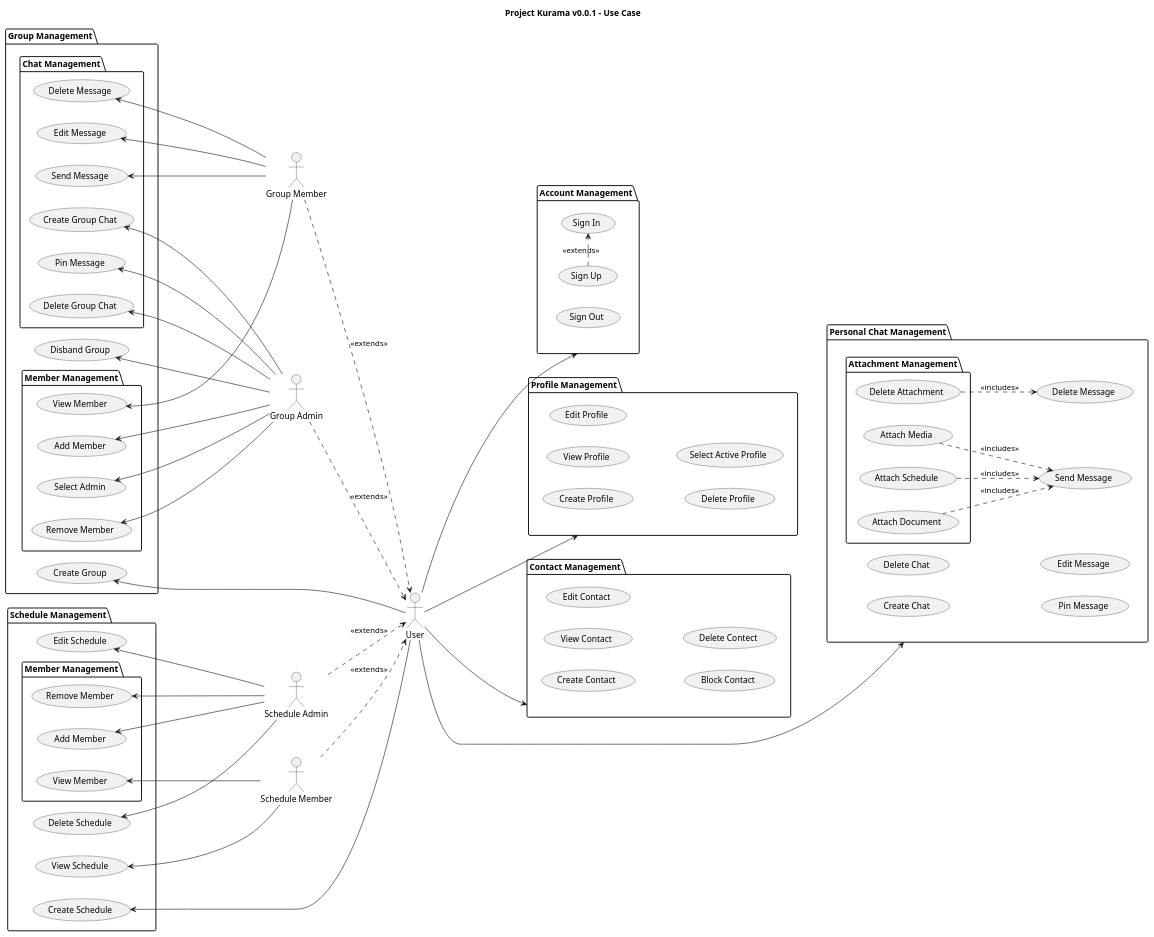
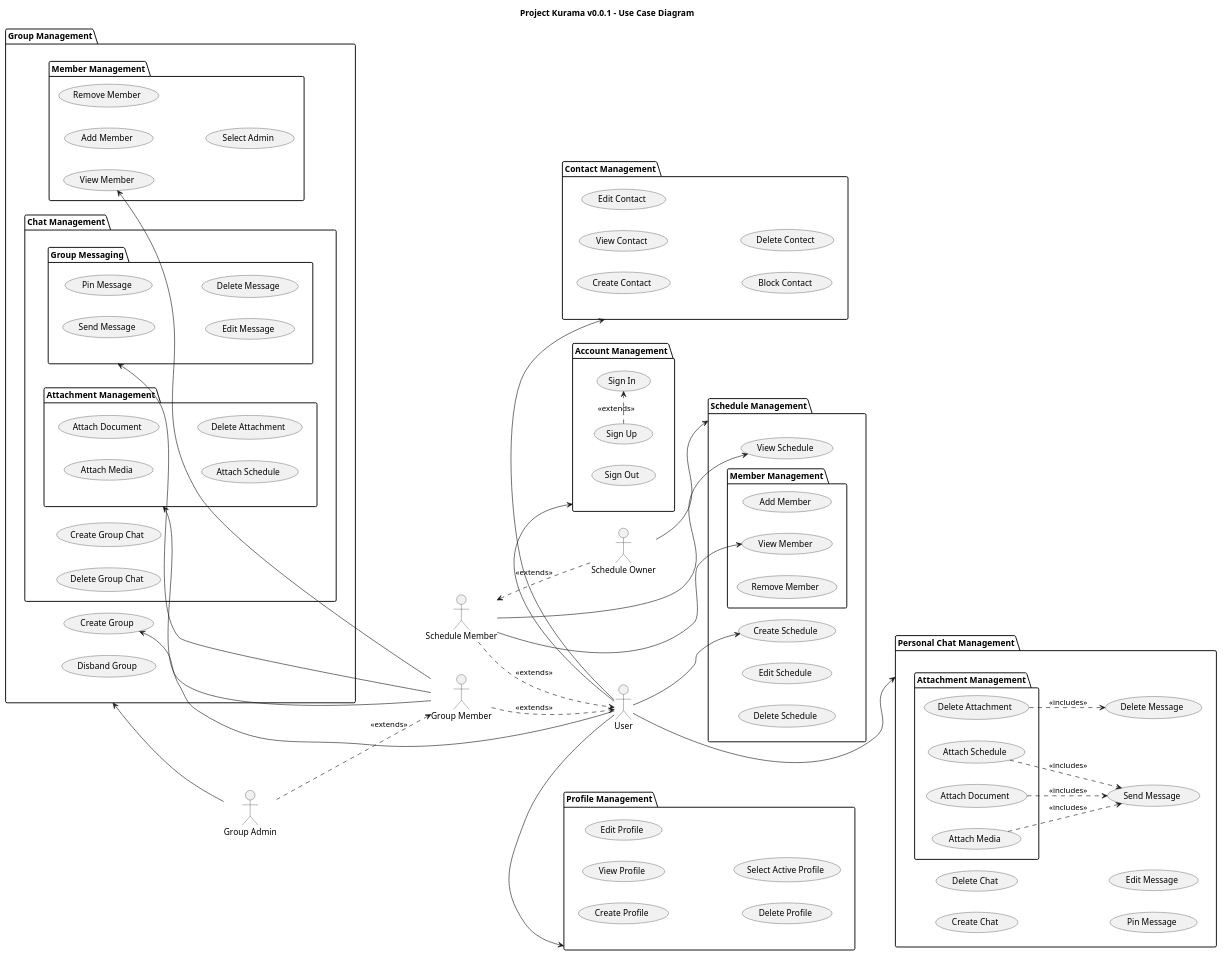
Before and after one commit to ycagung/kurama-uml: the diagram in use-case.puml, drawn with PlantUML. The commit also changed 1 other file, not shown here.

```diff
--- a/use-case.puml
+++ b/use-case.puml
@@ -1,131 +1,130 @@
-@startuml entity
+@startuml use-case
 
 left to right direction
-title "Project Kurama v0.0.1 - Use Case"
+title "Project Kurama v0.0.1 - Use Case Diagram"
 
 actor "User" as user
 actor "Group Admin" as groupAdmin
 actor "Group Member" as groupMember
 actor "Schedule Member" as scheduleMember
-actor "Schedule Admin" as scheduleAdmin
+actor "Schedule Owner" as scheduleOwner
 
 package "Account Management" as accountManagement {
-    usecase "Sign Up" as signUp
-    usecase "Sign In" as signIn
-    usecase "Sign Out" as signOut
+  usecase "Sign Up" as signUp
+  usecase "Sign In" as signIn
+  usecase "Sign Out" as signOut
 }
 
 package "Profile Management" as profileManagement {
-    usecase "Create Profile" as createProfile
-    usecase "View Profile" as readProfile
-    usecase "Edit Profile" as editProfile
-    usecase "Delete Profile" as deleteProfile
-    usecase "Select Active Profile" as selectActiveProfile
+  usecase "Create Profile" as createProfile
+  usecase "View Profile" as readProfile
+  usecase "Edit Profile" as editProfile
+  usecase "Delete Profile" as deleteProfile
+  usecase "Select Active Profile" as selectActiveProfile
 }
 
 package "Contact Management" as contactManagement {
-    usecase "Create Contact" as createContact
-    usecase "View Contact" as viewContact
-    usecase "Edit Contact" as editContact
-    usecase "Block Contact" as blockContact
-    usecase "Delete Contect" as deleteContact
+  usecase "Create Contact" as createContact
+  usecase "View Contact" as viewContact
+  usecase "Edit Contact" as editContact
+  usecase "Block Contact" as blockContact
+  usecase "Delete Contect" as deleteContact
 }
 
 package "Group Management" as groupManagement {
-    usecase "Create Group" as createGroup
-    usecase "Disband Group" as disbandGroup
+  usecase "Create Group" as createGroup
+  usecase "Disband Group" as disbandGroup
 
-    package "Member Management" as memberManagement {
-        usecase "Add Member" as addGroupMember
-        usecase "View Member" as viewGroupMember
-        usecase "Remove Member" as removeGroupMember
-        usecase "Select Admin" as selectGroupAdmin
+  package "Member Management" as memberManagement {
+    usecase "Add Member" as addGroupMember
+    usecase "View Member" as viewGroupMember
+    usecase "Remove Member" as removeGroupMember
+    usecase "Select Admin" as selectGroupAdmin
+  }
+
+  package "Chat Management" as groupChatManagement {
+    usecase "Create Group Chat" as createGroupChat
+    usecase "Delete Group Chat" as deleteGroupChat
+
+    package "Group Messaging" as groupMessaging {
+      usecase "Send Message" as sendGroupMessage
+      usecase "Pin Message" as pinGroupMessage
+      usecase "Edit Message" as editGroupMessage
+      usecase "Delete Message" as deleteGroupMessage
     }
 
-    package "Chat Management" as groupChatManagement {
-        usecase "Create Group Chat" as createGroupChat
-        usecase "Delete Group Chat" as deleteGroupChat
-
-        usecase "Send Message" as sendGroupMessage
-        usecase "Pin Message" as pinGroupMessage
-        usecase "Edit Message" as editGroupMessage
-        usecase "Delete Message" as deleteGroupMessage
+    package "Attachment Management" as groupAttachmentManagement {
+      usecase "Attach Media" as attachGroupMedia
+      usecase "Attach Document" as attachGroupDocument
+      usecase "Attach Schedule" as attachGroupSchedule
+      usecase "Delete Attachment" as deleteGroupAttachment
     }
+  }
 }
 
-package "Personal Chat Management" as personalChatMangement {
-    usecase "Create Chat" as createChat
-    usecase "Delete Chat" as deleteChat
+package "Personal Chat Management" as personalChatManagement {
+  usecase "Create Chat" as createChat
+  usecase "Delete Chat" as deleteChat
 
-    usecase "Send Message" as sendMessage
-    usecase "Pin Message" as pinMessage
-    usecase "Edit Message" as editMessage
-    usecase "Delete Message" as deleteMessage
-    
-    package "Attachment Management" as attachmentManagement {
-        usecase "Attach Media" as attachMedia
-        usecase "Attach Document" as attachDocument
-        usecase "Attach Schedule" as attachSchedule
-        usecase "Delete Attachment" as deleteAttachment
-    }
+  usecase "Send Message" as sendMessage
+  usecase "Pin Message" as pinMessage
+  usecase "Edit Message" as editMessage
+  usecase "Delete Message" as deleteMessage
+  
+  package "Attachment Management" as attachmentManagement {
+    usecase "Attach Media" as attachMedia
+    usecase "Attach Document" as attachDocument
+    usecase "Attach Schedule" as attachSchedule
+    usecase "Delete Attachment" as deleteAttachment
+  }
 }
 
 package "Schedule Management" as scheduleManagement { 
-    usecase "Create Schedule" as createSchedule
-    usecase "View Schedule" as viewSchedule
-    usecase "Edit Schedule" as editSchedule
-    usecase "Delete Schedule" as deleteSchedule
+  usecase "Create Schedule" as createSchedule
+  usecase "View Schedule" as viewSchedule
+  usecase "Edit Schedule" as editSchedule
+  usecase "Delete Schedule" as deleteSchedule
 
-    package "Member Management" as scheduleMemberManagement {
-        usecase "Add Member" as addScheduleMember
-        usecase "View Member" as viewSchduleMember
-        usecase "Remove Member" as removeScheduleMember
-    }
+  package "Member Management" as scheduleMemberManagement {
+    usecase "Add Member" as addScheduleMember
+    usecase "View Member" as viewSchduleMember
+    usecase "Remove Member" as removeScheduleMember
+  }
 }
 
-groupAdmin ..> user : <<extends>>
 groupMember ..> user : <<extends>>
-scheduleAdmin ..> user : <<extends>>
+groupAdmin ..> groupMember : <<extends>>
 scheduleMember ..> user : <<extends>>
+scheduleOwner .up.> scheduleMember : <<extends>>
 
 ' Account Managemenet
-user --down--> accountManagement
+user -right-> accountManagement
 signUp .> signIn : <<extends>>
 
 ' Profile Management
-user --down--> profileManagement
+user --> profileManagement
 
 ' Contact Management
-user --down--> contactManagement
+user -left-> contactManagement
 
 ' Group Management
-user -down-> createGroup
-groupAdmin --up--> disbandGroup
-groupAdmin --up--> removeGroupMember
-groupAdmin --up--> addGroupMember
-groupAdmin --up--> selectGroupAdmin
-groupAdmin --up--> createGroupChat
-groupAdmin --up--> deleteGroupChat
-groupAdmin --up--> pinGroupMessage
-groupMember --up--> viewGroupMember
-groupMember --up--> sendGroupMessage
-groupMember --up--> editGroupMessage
-groupMember --up--> deleteGroupMessage
+user -up-> createGroup
+groupAdmin -up-> groupManagement
+groupMember -up-> viewGroupMember
+groupMember -up-> groupMessaging
+groupMember -up-> groupAttachmentManagement
 
 ' Personal Chat Management
-user -down-> personalChatMangement
+user --> personalChatManagement
 attachMedia ..> sendMessage : <<includes>>
 attachDocument ..> sendMessage : <<includes>>
 attachSchedule ..> sendMessage : <<includes>>
 deleteAttachment ..> deleteMessage : <<includes>>
 
 ' Schedule Management
-user -down-> createSchedule
-scheduleAdmin --up--> editSchedule
-scheduleAdmin --up--> deleteSchedule
-scheduleAdmin --up--> addScheduleMember
-scheduleAdmin --up--> removeScheduleMember
-scheduleMember --up--> viewSchedule
-scheduleMember --up--> viewSchduleMember
+user --> createSchedule
+scheduleOwner --> scheduleManagement
+scheduleMember --> viewSchedule
+scheduleMember --> viewSchduleMember
 
 @enduml
```
